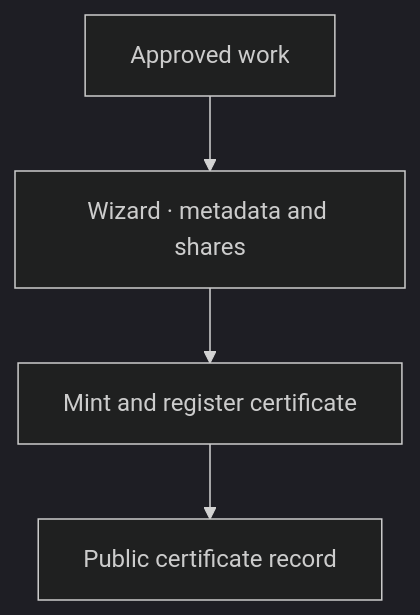
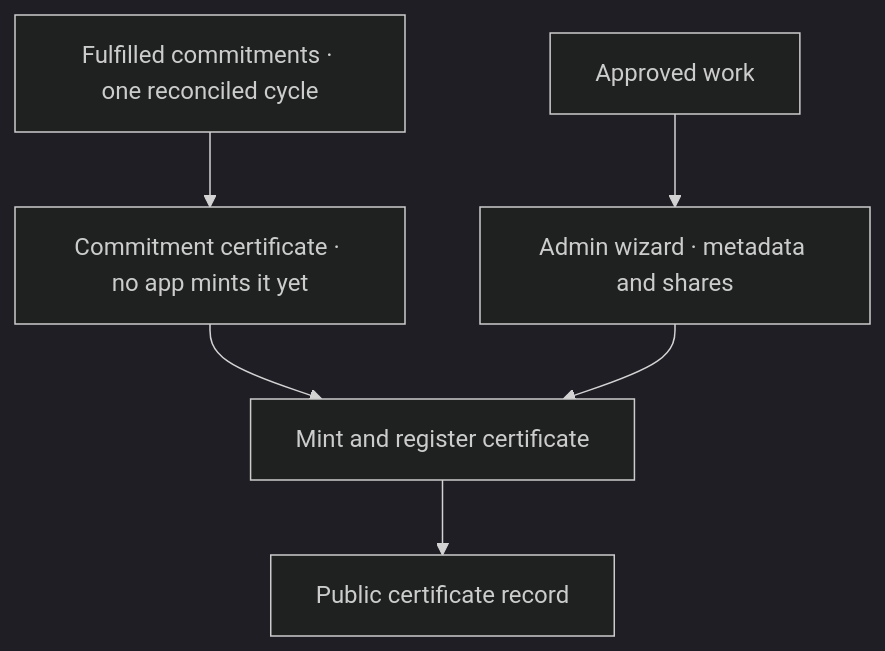
The diagram in docs/docs/builders/integrations/hypercerts.mdx (greenpill-dev-guild/green-goods), drawn with Mermaid (dark theme) before and after one commit. The commit also changed other lines of this file and 21 other files, not shown here.

````diff
--- a/docs/docs/builders/integrations/hypercerts.mdx
+++ b/docs/docs/builders/integrations/hypercerts.mdx
@@ -33,8 +44,10 @@
 ```mermaid
 flowchart TB
-  accTitle: Impact certificate minting boundary
-  accDescr: The admin wizard selects approved work, prepares metadata and shares, then mints and registers a certificate. Fraction claiming and purchase are outside the current app flow.
-  work["Approved work"] --> wizard["Wizard · metadata and shares"]
-  wizard --> mint["Mint and register certificate"]
+  accTitle: Two impact certificate kinds
+  accDescr: A commitment certificate is built from a reconciled cycle's fulfilled commitments, which the indexer can read but no app mints yet. The admin wizard selects approved work, prepares metadata and shares, then mints and registers a work certificate. Fraction claiming and purchase are outside the current app flow.
+  kept["Fulfilled commitments · one reconciled cycle"] --> composer["Commitment certificate · no app mints it yet"]
+  work["Approved work"] --> wizard["Admin wizard · metadata and shares"]
+  composer --> mint["Mint and register certificate"]
+  wizard --> mint
   mint --> record["Public certificate record"]
 ```
````
